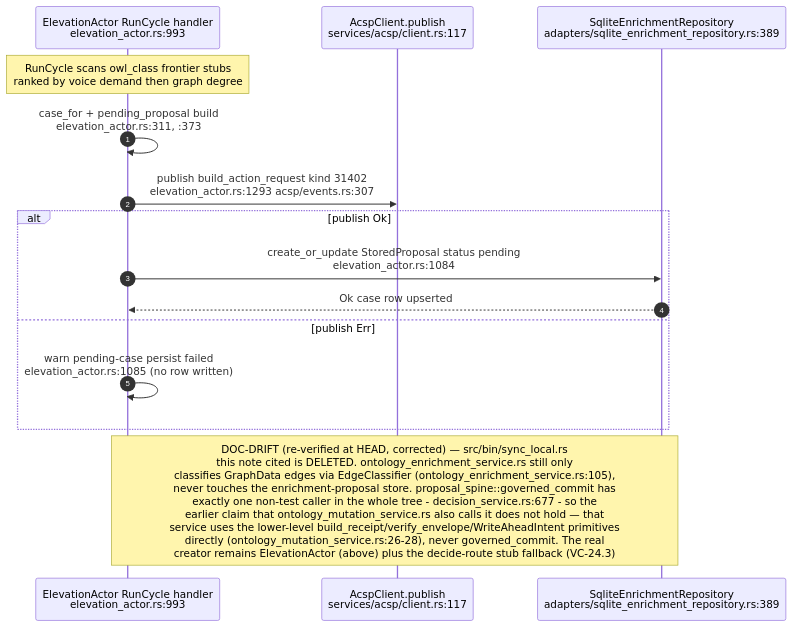
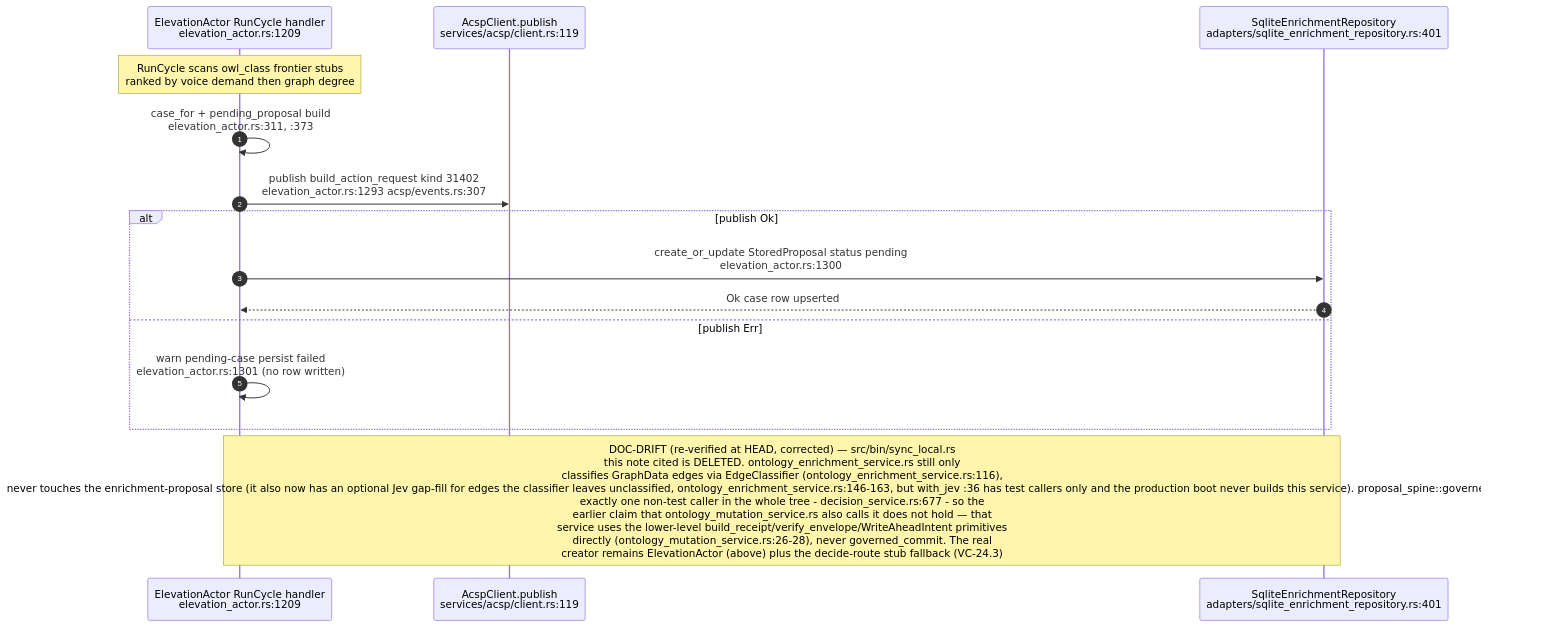
The second of 12 diagrams in docs/diagrams/visionclaw/24-acsp-decision-elevation.md (DreamLab-AI/VisionFlow), drawn with Mermaid before and after one commit. The commit also changed other lines of this file and 160 other files, not shown here.

````diff
--- a/docs/diagrams/visionclaw/24-acsp-decision-elevation.md
+++ b/docs/diagrams/visionclaw/24-acsp-decision-elevation.md
@@ -66,17 +70,17 @@
 ```mermaid
 sequenceDiagram
     autonumber
-    participant EA as ElevationActor RunCycle handler<br/>elevation_actor.rs:993
-    participant ACSP as AcspClient.publish<br/>services/acsp/client.rs:117
-    participant REPO as SqliteEnrichmentRepository<br/>adapters/sqlite_enrichment_repository.rs:389
+    participant EA as ElevationActor RunCycle handler<br/>elevation_actor.rs:1209
+    participant ACSP as AcspClient.publish<br/>services/acsp/client.rs:119
+    participant REPO as SqliteEnrichmentRepository<br/>adapters/sqlite_enrichment_repository.rs:401
     Note over EA: RunCycle scans owl_class frontier stubs<br/>ranked by voice demand then graph degree
     EA->>EA: case_for + pending_proposal build<br/>elevation_actor.rs:311, :373
     EA->>ACSP: publish build_action_request kind 31402<br/>elevation_actor.rs:1293 acsp/events.rs:307
     alt publish Ok
-        EA->>REPO: create_or_update StoredProposal status pending<br/>elevation_actor.rs:1084
+        EA->>REPO: create_or_update StoredProposal status pending<br/>elevation_actor.rs:1300
         REPO-->>EA: Ok case row upserted
     else publish Err
-        EA->>EA: warn pending-case persist failed<br/>elevation_actor.rs:1085 (no row written)
+        EA->>EA: warn pending-case persist failed<br/>elevation_actor.rs:1301 (no row written)
     end
-    Note over EA,REPO: DOC-DRIFT (re-verified at HEAD, corrected) — src/bin/sync_local.rs<br/>this note cited is DELETED. ontology_enrichment_service.rs still only<br/>classifies GraphData edges via EdgeClassifier (ontology_enrichment_service.rs:105),<br/>never touches the enrichment-proposal store. proposal_spine::governed_commit has<br/>exactly one non-test caller in the whole tree - decision_service.rs:677 - so the<br/>earlier claim that ontology_mutation_service.rs also calls it does not hold — that<br/>service uses the lower-level build_receipt/verify_envelope/WriteAheadIntent primitives<br/>directly (ontology_mutation_service.rs:26-28), never governed_commit. The real<br/>creator remains ElevationActor (above) plus the decide-route stub fallback (VC-24.3)
+    Note over EA,REPO: DOC-DRIFT (re-verified at HEAD, corrected) — src/bin/sync_local.rs<br/>this note cited is DELETED. ontology_enrichment_service.rs still only<br/>classifies GraphData edges via EdgeClassifier (ontology_enrichment_service.rs:116),<br/>never touches the enrichment-proposal store (it also now has an optional Jev gap-fill for edges the classifier leaves unclassified, ontology_enrichment_service.rs:146-163, but with_jev :36 has test callers only and the production boot never builds this service). proposal_spine::governed_commit has<br/>exactly one non-test caller in the whole tree - decision_service.rs:677 - so the<br/>earlier claim that ontology_mutation_service.rs also calls it does not hold — that<br/>service uses the lower-level build_receipt/verify_envelope/WriteAheadIntent primitives<br/>directly (ontology_mutation_service.rs:26-28), never governed_commit. The real<br/>creator remains ElevationActor (above) plus the decide-route stub fallback (VC-24.3)
 ```
````
